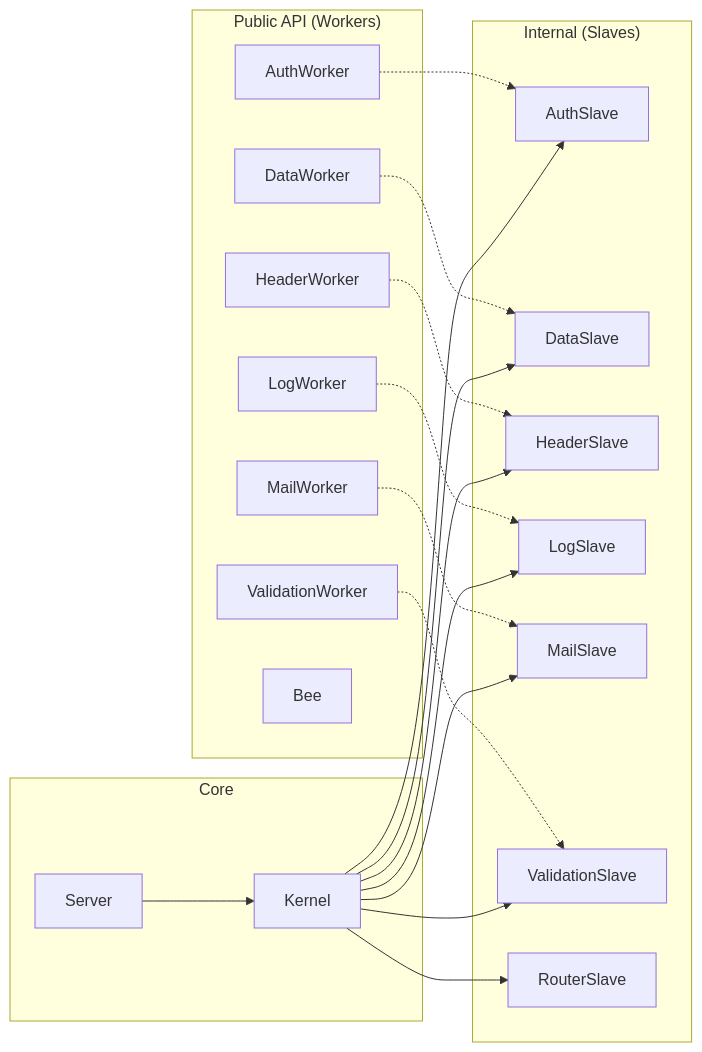
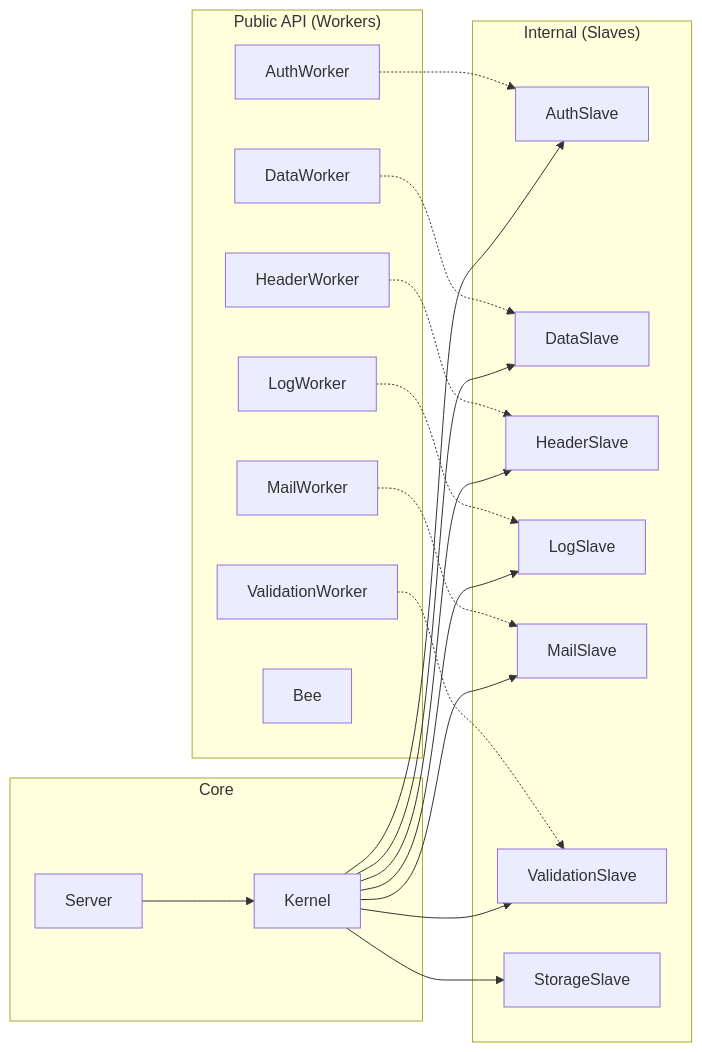
One commit to arkhyst/fast-raven-skeleton changed the second of 2 diagrams in docs/FRAMEWORK.md. Above: the diagram before and after it, drawn with Mermaid. The commit also changed other lines of this file and 10 other files, not shown here.

````diff
--- a/docs/FRAMEWORK.md
+++ b/docs/FRAMEWORK.md
@@ -56,36 +56,36 @@
 ```mermaid
 graph LR
     subgraph "Public API (Workers)"
         AW[AuthWorker]
         DW[DataWorker]
         HW[HeaderWorker]
         LW[LogWorker]
         MW[MailWorker]
         VW[ValidationWorker]
         Bee[Bee]
     end
     
     subgraph "Internal (Slaves)"
         AS[AuthSlave]
         DS[DataSlave]
         HS[HeaderSlave]
         LS[LogSlave]
         MS[MailSlave]
         VS[ValidationSlave]
-        RS[RouterSlave]
+        SS[StorageSlave]
     end
     
     subgraph "Core"
         K[Kernel]
         S[Server]
     end
     
     S --> K
-    K --> AS & DS & HS & LS & MS & VS & RS
+    K --> AS & DS & HS & LS & MS & VS & SS
     AW -.-> AS
     DW -.-> DS
     HW -.-> HS
     LW -.-> LS
     MW -.-> MS
     VW -.-> VS
 ```
````
